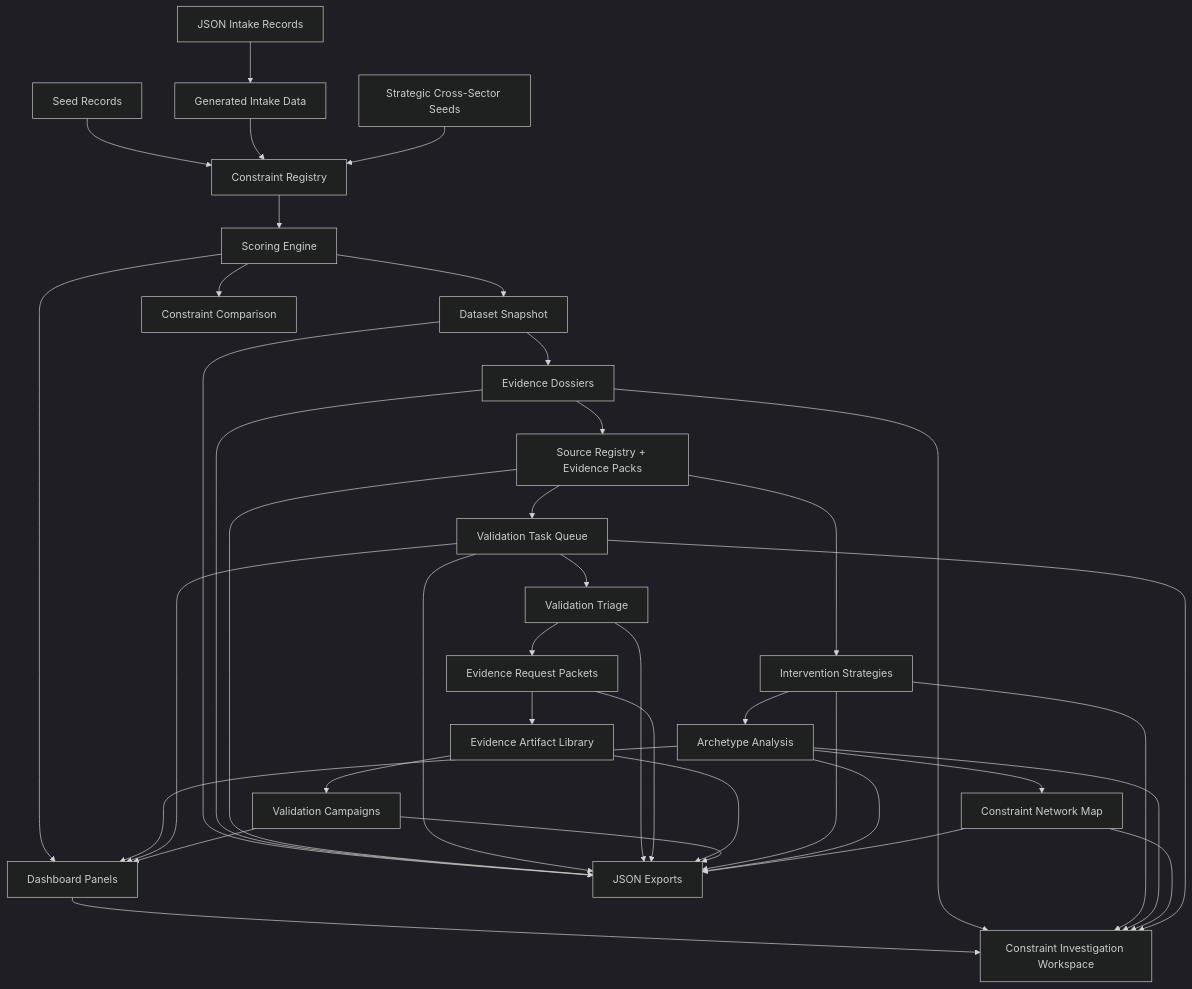
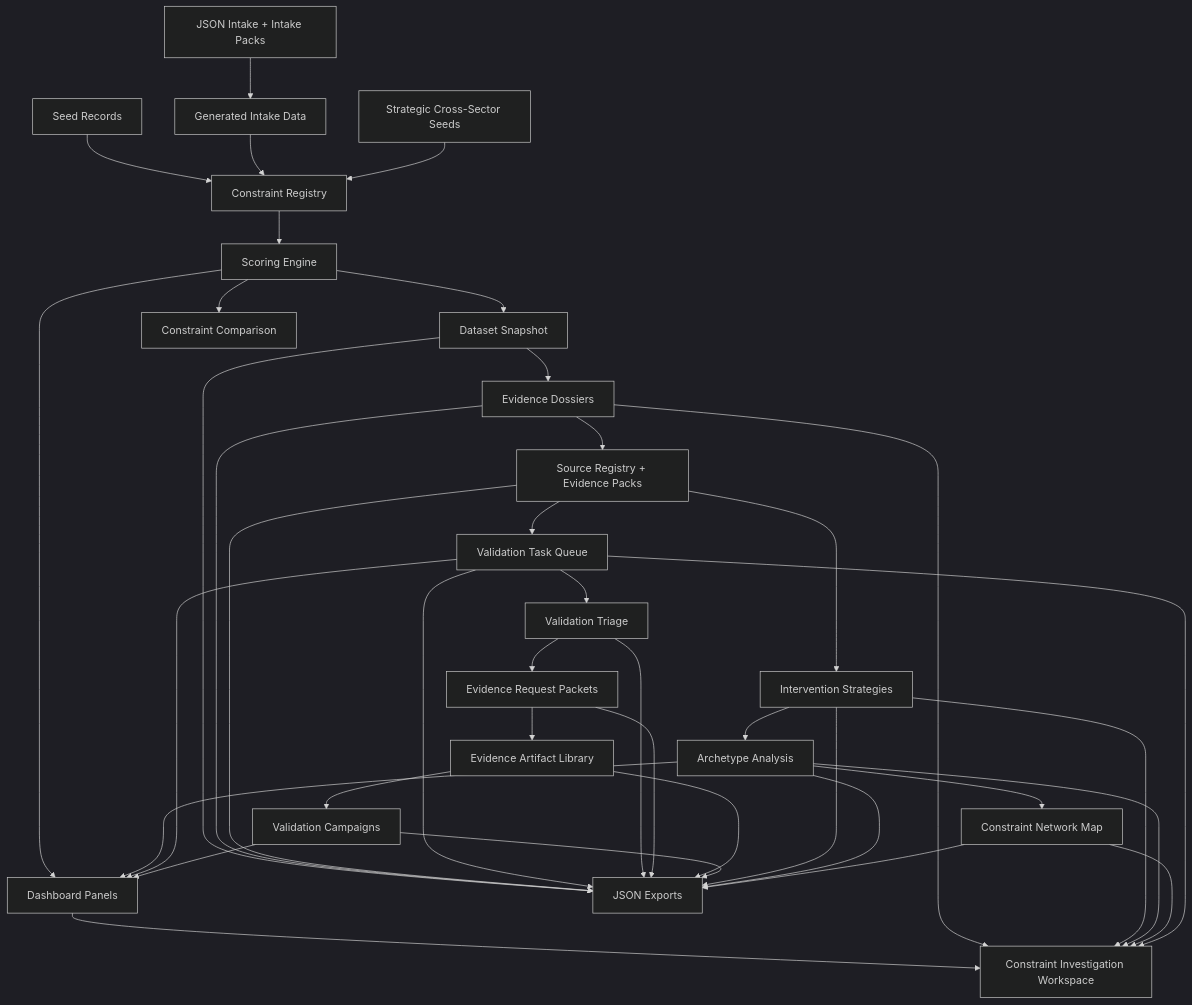
One commit to EtherTabu/economic-x-ray-vision changed the second of 2 diagrams in README.md. Above: the diagram before and after it, drawn with Mermaid (dark theme). The commit also changed other lines of this file and 8 other files, not shown here.

````diff
--- a/README.md
+++ b/README.md
@@ -149,41 +149,41 @@
 ```mermaid
 flowchart TD
   A["Seed Records"] --> C["Constraint Registry"]
-  B["JSON Intake Records"] --> D["Generated Intake Data"]
+  B["JSON Intake + Intake Packs"] --> D["Generated Intake Data"]
   D --> C
   E["Strategic Cross-Sector Seeds"] --> C
   C --> F["Scoring Engine"]
   F --> G["Dataset Snapshot"]
   G --> H["Evidence Dossiers"]
   H --> O["Source Registry + Evidence Packs"]
   O --> P["Validation Task Queue"]
   P --> Q["Validation Triage"]
   Q --> R["Evidence Request Packets"]
   R --> U["Evidence Artifact Library"]
   U --> S["Validation Campaigns"]
   O --> I["Intervention Strategies"]
   I --> J["Archetype Analysis"]
   J --> N["Constraint Network Map"]
   F --> T["Constraint Comparison"]
   F --> K["Dashboard Panels"]
   K --> M["Constraint Investigation Workspace"]
   H --> M
   I --> M
   J --> M
   N --> M
   P --> M
   G --> L["JSON Exports"]
   H --> L
   O --> L
   P --> L
   Q --> L
   R --> L
   U --> L
   S --> L
   I --> L
   J --> L
   N --> L
   J --> K
   P --> K
   S --> K
 ```
````
